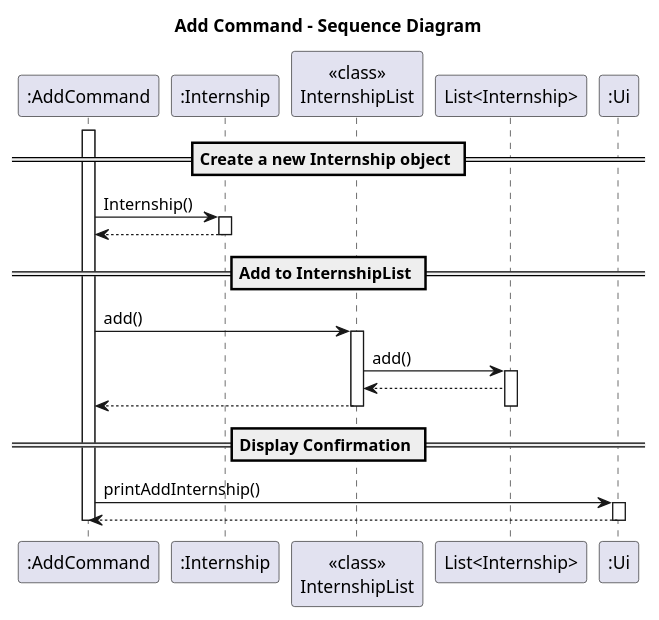
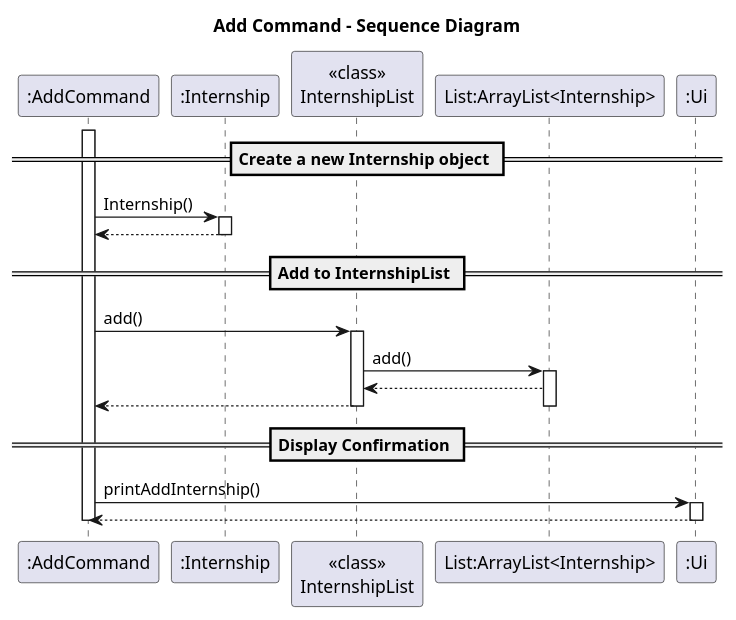
Before and after one commit to BenyAlbatross/tp: the diagram in docs/diagrams/AddCommandSD.puml, drawn with PlantUML. The commit also changed 1 other file, not shown here.

Commit message:
Update header name of ArrayList<Internship>

```diff
--- a/docs/diagrams/AddCommandSD.puml
+++ b/docs/diagrams/AddCommandSD.puml
@@ -1,36 +1,36 @@
 @startuml
 title Add Command - Sequence Diagram
 
 participant ":AddCommand" as AC
 participant ":Internship" as IN
 participant "<<class>>\nInternshipList" as IL
-participant "List<Internship>" as LI
+participant "List:ArrayList<Internship>" as LI
 participant ":Ui" as Ui
 
 activate AC
 
 == Create a new Internship object ==
 AC -> IN: Internship()
 activate IN
 IN --> AC
 deactivate IN
 
 == Add to InternshipList ==
 AC -> IL: add()
 activate IL
 IL -> LI: add()
 activate LI
 LI --> IL
 IL --> AC
 deactivate LI
 deactivate IL
 
 == Display Confirmation ==
 AC -> Ui: printAddInternship()
 activate Ui
 Ui --> AC
 deactivate Ui
 
 deactivate AC
 
 @enduml
```
